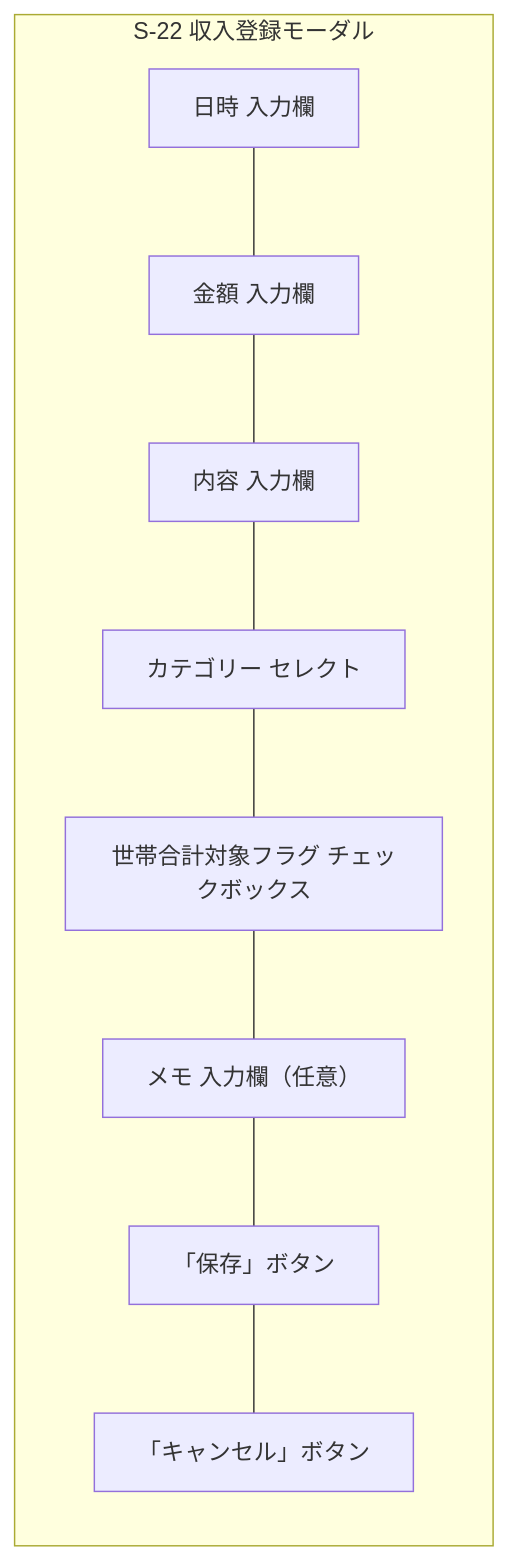
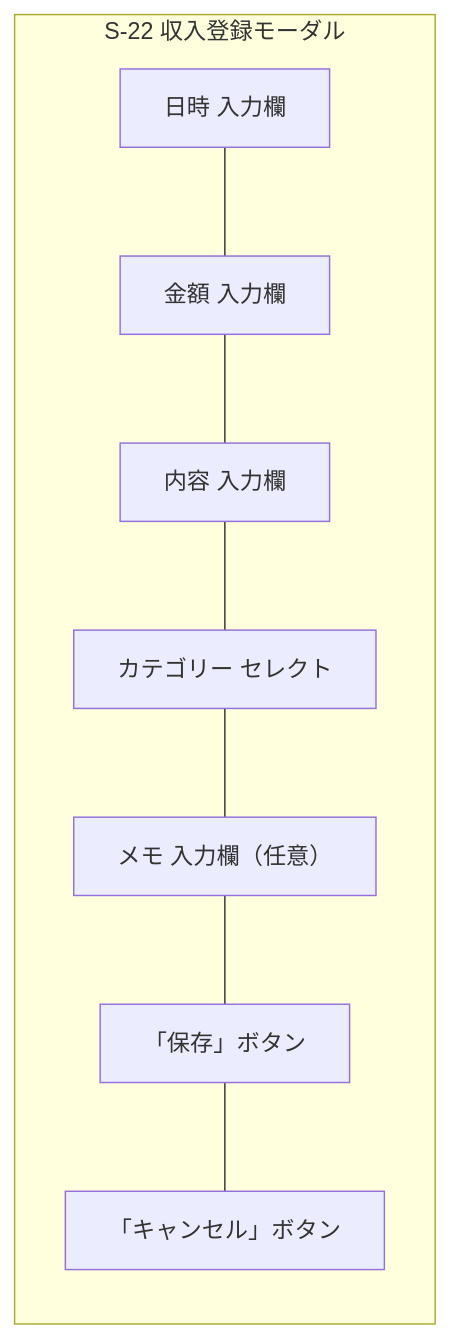
The seventh of 19 diagrams in docs/details/wireframes.md (yamamotonaoki3/HomeLog), drawn with Mermaid before and after one commit. The commit also changed other lines of this file and 4 other files, not shown here.

````diff
--- a/docs/details/wireframes.md
+++ b/docs/details/wireframes.md
@@ -337,15 +336,14 @@
 ```mermaid
 flowchart TD
     subgraph Modal["S-22 収入登録モーダル"]
         direction TB
         Date["日時 入力欄"]
         Amount["金額 入力欄"]
         Content["内容 入力欄"]
         Category["カテゴリー セレクト"]
-        HouseholdFlag["世帯合計対象フラグ チェックボックス"]
         Memo["メモ 入力欄（任意）"]
         SaveBtn["「保存」ボタン"]
         CancelBtn["「キャンセル」ボタン"]
     end
-    Date --- Amount --- Content --- Category --- HouseholdFlag --- Memo --- SaveBtn --- CancelBtn
+    Date --- Amount --- Content --- Category --- Memo --- SaveBtn --- CancelBtn
 ```
````
